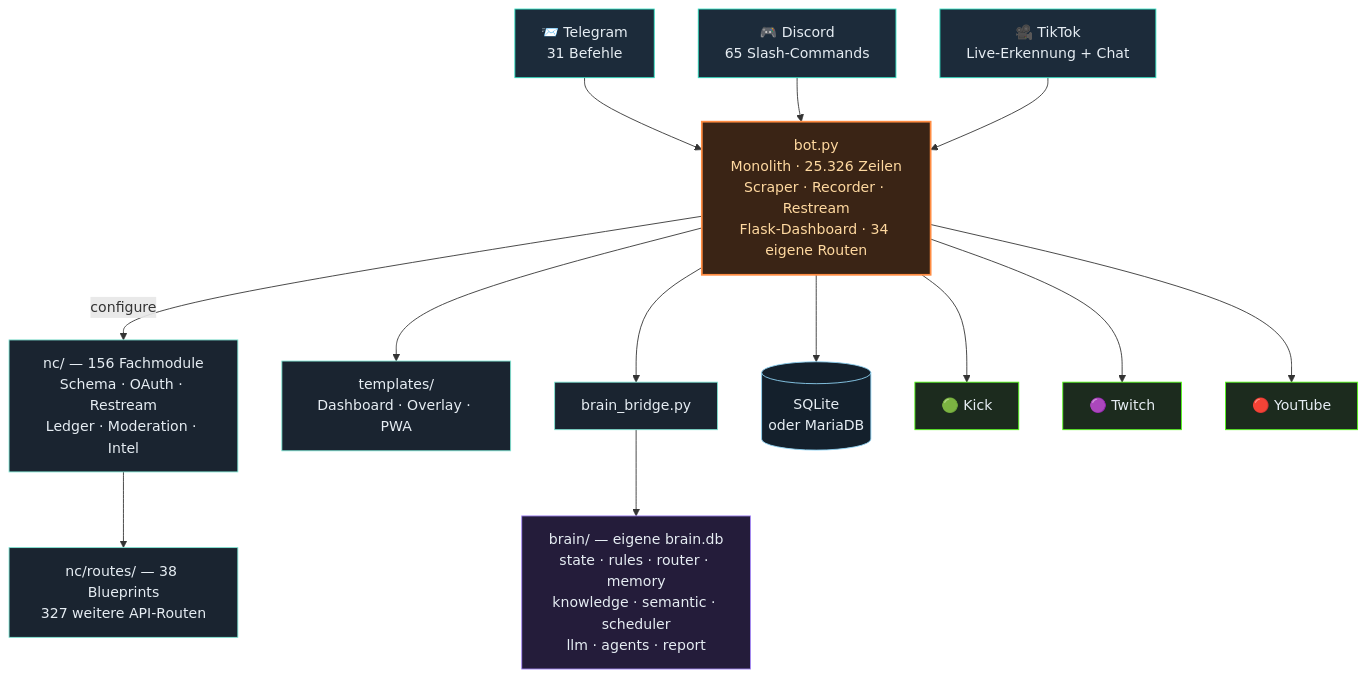
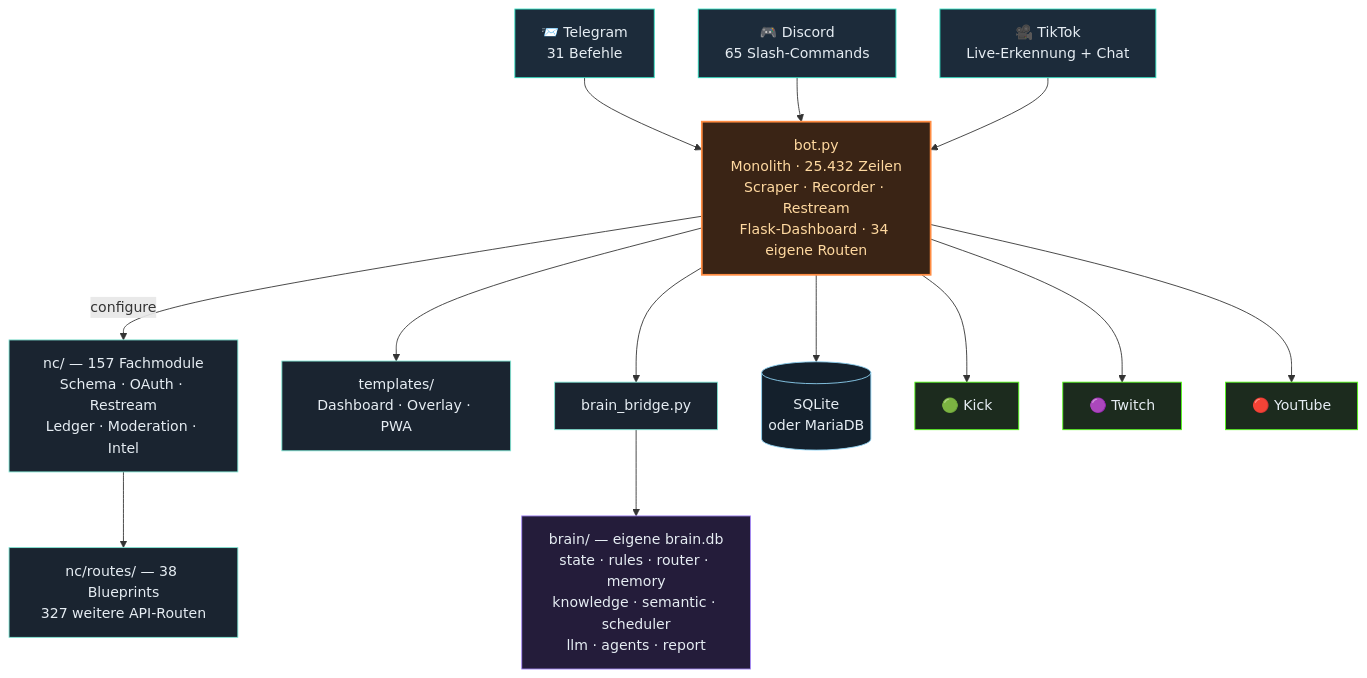
The third of 4 diagrams in README.md (itsamemedev/Telegram-Stream-Info-Bot), drawn with Mermaid before and after one commit. The commit also changed other lines of this file and 15 other files, not shown here.

````diff
--- a/README.md
+++ b/README.md
@@ -189,30 +189,30 @@
 ```mermaid
 flowchart TB
     TG["📨 Telegram<br/>31 Befehle"]:::ein
     DC["🎮 Discord<br/>65 Slash-Commands"]:::ein
     TT["🎥 TikTok<br/>Live-Erkennung + Chat"]:::ein
 
     TG --> BOT
     DC --> BOT
     TT --> BOT
 
-    BOT["bot.py<br/>Monolith · 25.326 Zeilen<br/>Scraper · Recorder · Restream<br/>Flask-Dashboard · 34 eigene Routen"]:::core
+    BOT["bot.py<br/>Monolith · 25.432 Zeilen<br/>Scraper · Recorder · Restream<br/>Flask-Dashboard · 34 eigene Routen"]:::core
 
-    BOT -->|configure| NC["nc/ — 156 Fachmodule<br/>Schema · OAuth · Restream<br/>Ledger · Moderation · Intel"]:::lib
+    BOT -->|configure| NC["nc/ — 157 Fachmodule<br/>Schema · OAuth · Restream<br/>Ledger · Moderation · Intel"]:::lib
     NC --> RT["nc/routes/ — 38 Blueprints<br/>327 weitere API-Routen"]:::lib
     BOT --> TPL["templates/<br/>Dashboard · Overlay · PWA"]:::lib
     BOT --> BR["brain_bridge.py"]:::lib
     BR --> BRAIN["brain/ — eigene brain.db<br/>state · rules · router · memory<br/>knowledge · semantic · scheduler<br/>llm · agents · report"]:::brain
     BOT --> DB[("SQLite<br/>oder MariaDB")]:::db
 
     BOT --> KICK["🟢 Kick"]:::out
     BOT --> TW["🟣 Twitch"]:::out
     BOT --> YT["🔴 YouTube"]:::out
 
     classDef ein fill:#1c2b3a,stroke:#2de1c2,color:#e6edf3
     classDef core fill:#3a2415,stroke:#ff8c42,stroke-width:2px,color:#ffd9a0
     classDef lib fill:#1a2430,stroke:#7fe7d4,color:#e6edf3
     classDef brain fill:#241c3a,stroke:#a78bfa,color:#e6edf3
     classDef db fill:#14202c,stroke:#8fd3f4,color:#e6edf3
     classDef out fill:#1c2b1e,stroke:#53fc18,color:#e6edf3
 ```
````
